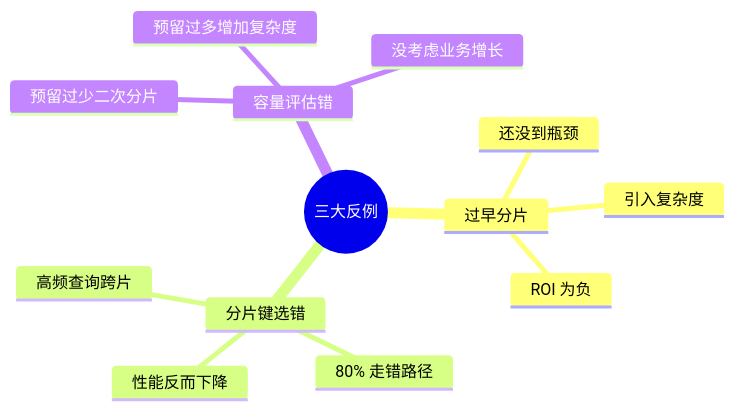
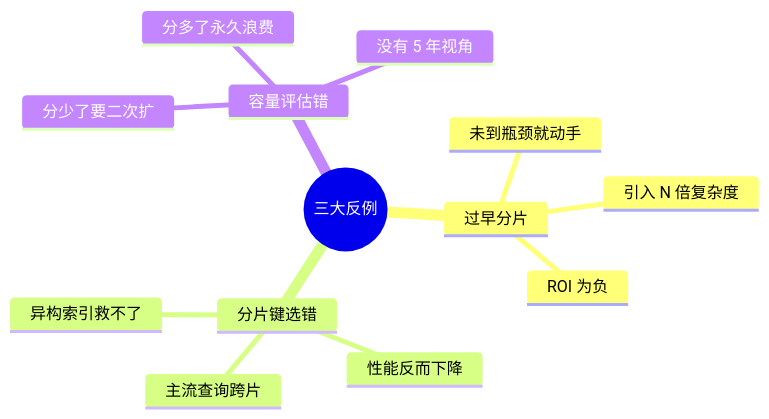
The seventh of 10 diagrams in docs/10.真经/05.方案设计思想/06.分库分表方案设计.md (chongyang211/YCBookBlog), drawn with Mermaid before and after one commit. The commit also changed other lines of this file and 36 other files, not shown here.

````diff
--- a/docs/10.真经/05.方案设计思想/06.分库分表方案设计.md
+++ b/docs/10.真经/05.方案设计思想/06.分库分表方案设计.md
@@ -535,16 +736,16 @@
 ```mermaid
 mindmap
   root((三大反例))
     过早分片
-      还没到瓶颈
-      引入复杂度
+      未到瓶颈就动手
+      引入 N 倍复杂度
       ROI 为负
     分片键选错
-      高频查询跨片
-      80% 走错路径
+      主流查询跨片
       性能反而下降
+      异构索引救不了
     容量评估错
-      预留过少二次分片
-      预留过多增加复杂度
-      没考虑业务增长
+      分少了要二次扩
+      分多了永久浪费
+      没有 5 年视角
 ```
````
